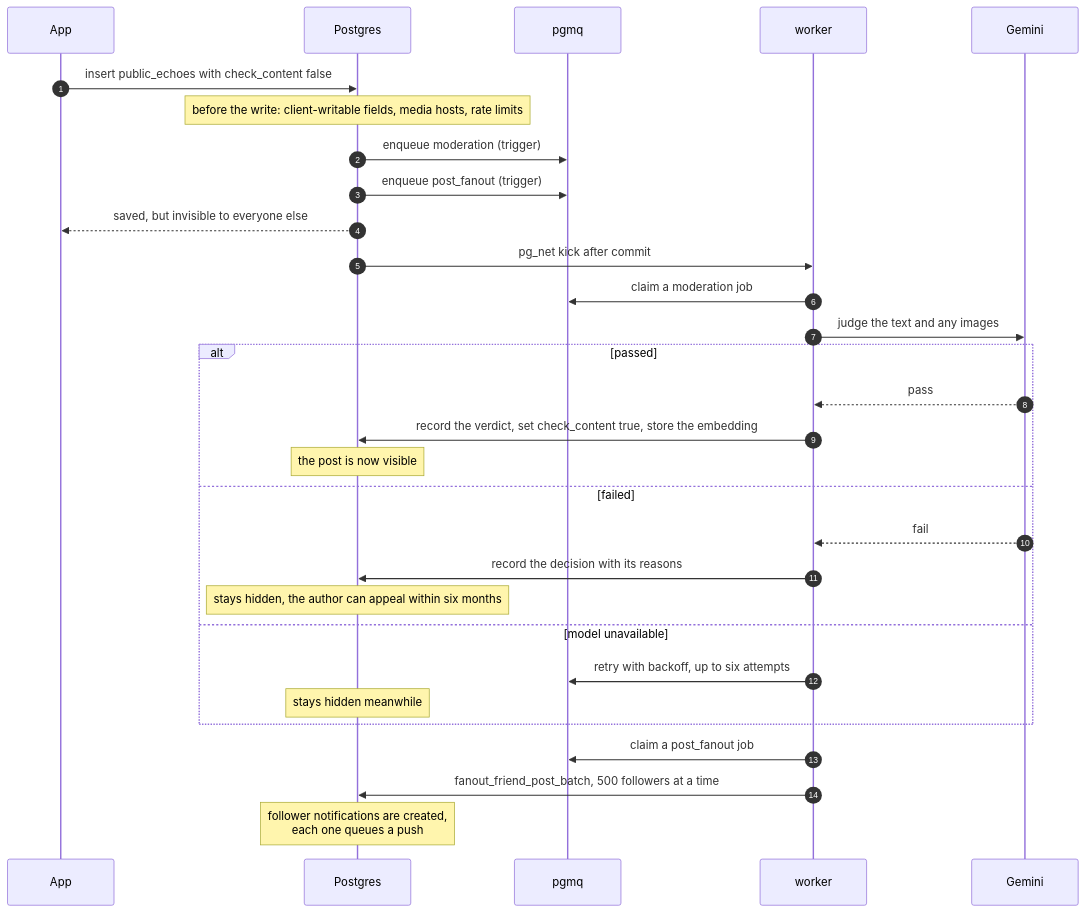
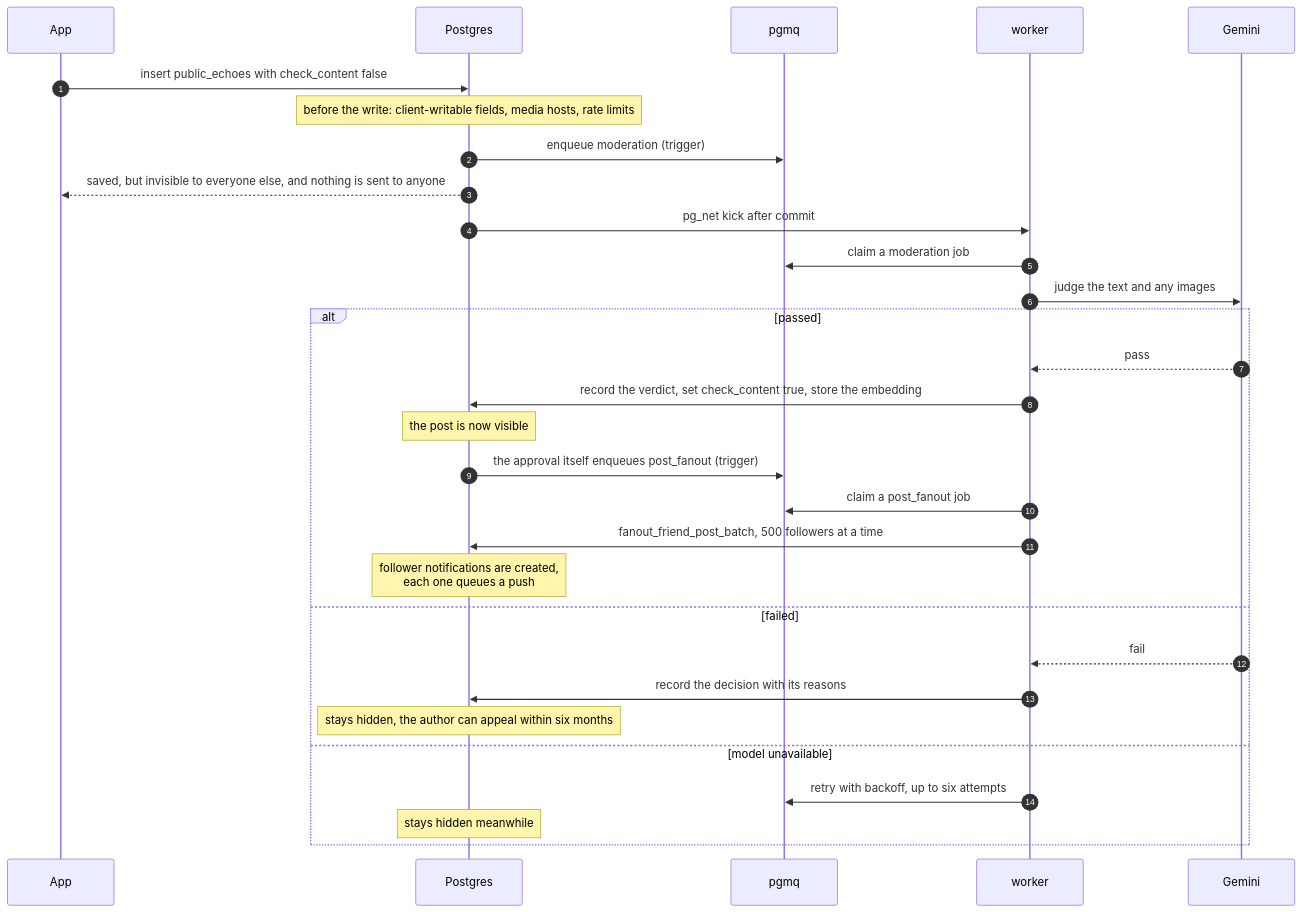
Before and after one commit to Ak2556/echo-mobile: the second of 12 diagrams in docs/architecture/04-key-flows.md, drawn with Mermaid. The commit also changed other lines of this file and 7 other files, not shown here.

````diff
--- a/docs/architecture/04-key-flows.md
+++ b/docs/architecture/04-key-flows.md
@@ -54,33 +54,33 @@
 ```mermaid
 sequenceDiagram
     autonumber
     participant C as App
     participant DB as Postgres
     participant Q as pgmq
     participant W as worker
     participant M as Gemini
 
     C->>DB: insert public_echoes with check_content false
     Note over DB: before the write: client-writable fields, media hosts, rate limits
     DB->>Q: enqueue moderation (trigger)
-    DB->>Q: enqueue post_fanout (trigger)
-    DB-->>C: saved, but invisible to everyone else
+    DB-->>C: saved, but invisible to everyone else, and nothing is sent to anyone
     DB->>W: pg_net kick after commit
     W->>Q: claim a moderation job
     W->>M: judge the text and any images
     alt passed
         M-->>W: pass
         W->>DB: record the verdict, set check_content true, store the embedding
         Note over DB: the post is now visible
+        DB->>Q: the approval itself enqueues post_fanout (trigger)
+        W->>Q: claim a post_fanout job
+        W->>DB: fanout_friend_post_batch, 500 followers at a time
+        Note over DB: follower notifications are created,<br/>each one queues a push
     else failed
         M-->>W: fail
         W->>DB: record the decision with its reasons
         Note over DB: stays hidden, the author can appeal within six months
     else model unavailable
         W->>Q: retry with backoff, up to six attempts
         Note over DB: stays hidden meanwhile
     end
-    W->>Q: claim a post_fanout job
-    W->>DB: fanout_friend_post_batch, 500 followers at a time
-    Note over DB: follower notifications are created,<br/>each one queues a push
 ```
````
